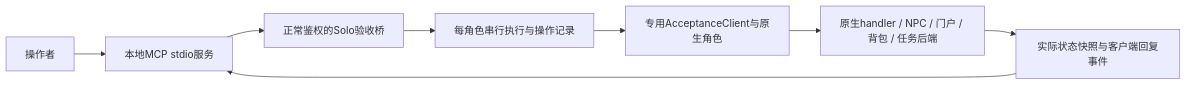
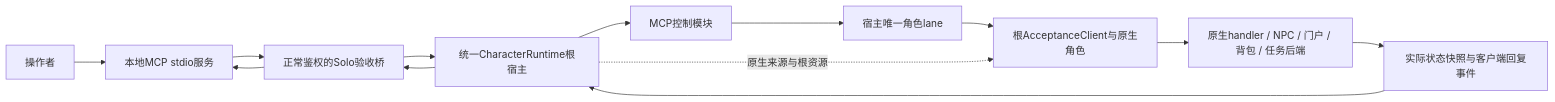
The diagram in docs/mcp-acceptance/README.md (Diluka/SoloMapling), drawn with Mermaid before and after one commit. The commit also changed other lines of this file and 15 other files, not shown here.

````diff
--- a/docs/mcp-acceptance/README.md
+++ b/docs/mcp-acceptance/README.md
@@ -56,10 +62,15 @@
 ```mermaid
 flowchart LR
   A[操作者] --> M[本地MCP stdio服务]
   M --> H[正常鉴权的Solo验收桥]
-  H --> Q[每角色串行执行与操作记录]
-  Q --> P[专用AcceptanceClient与原生角色]
+  H --> R[统一CharacterRuntime根宿主]
+  R --> C[MCP控制模块]
+  C --> Q[宿主唯一角色lane]
+  Q --> P[根AcceptanceClient与原生角色]
+  R -. 原生来源与根资源 .-> P
   P --> N[原生handler / NPC / 门户 / 背包 / 任务后端]
   N --> E[实际状态快照与客户端回复事件]
-  E --> M
+  E --> R
+  R --> H
+  H --> M
 ```
````
